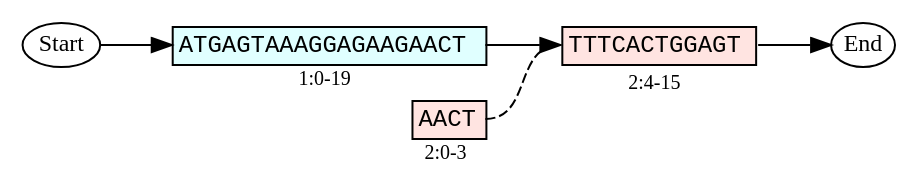
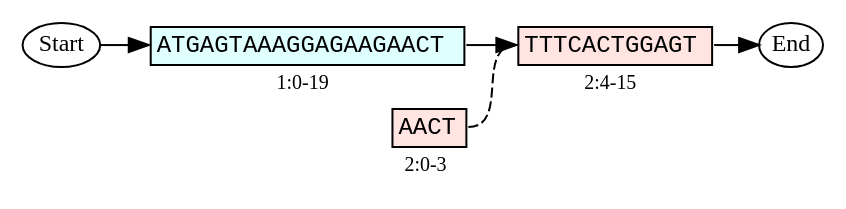
Before and after one commit to ginkgobioworks/gen: the diagram in docs/figures/operators/stitch_right.dot, drawn with Graphviz. The commit also changed 13 other files, not shown here.

```diff
--- a/docs/figures/operators/stitch_right.dot
+++ b/docs/figures/operators/stitch_right.dot
@@ -1,36 +1,33 @@
 strict digraph "" {
 	graph [fontnames=svg,
 		rankdir=LR,
-		nodesep=0
+		nodesep=0,
+		ranksep=0.3
 	];
 	node [label="\N"];
 	start	[fontsize=12,
 		height=0.3,
 		label=Start,
 		margin=0,
 		width=0.45];
-	1 	[label=<<TABLE BORDER='0' CELLSPACING='0' WIDTH='135'><TR><TD BORDER='1' ALIGN='CENTER' BGCOLOR='LIGHTCYAN' PORT='seq'><FONT POINT-SIZE='12' FACE='Monospace'>ATGAGTAAAGGAGAAGAACT</FONT></TD></TR><TR><TD BORDER='0' ALIGN='CENTER'><FONT POINT-SIZE='10'>1:0-19</FONT></TD></TR></TABLE>>,
+	1 	[label=<<TABLE BORDER='0'><TR><TD BORDER='1' ALIGN='CENTER' BGCOLOR='LIGHTCYAN' PORT='seq'><FONT POINT-SIZE='12' FACE='Monospace'>ATGAGTAAAGGAGAAGAACT</FONT></TD></TR><TR><TD ALIGN='CENTER'><FONT POINT-SIZE='10'>1:0-19</FONT></TD></TR></TABLE>>,
 		margin=0,
 		shape=none];
 	2	[label=<<TABLE BORDER='0'><TR><TD BORDER='1' ALIGN='CENTER' BGCOLOR='MISTYROSE' PORT='seq'><FONT POINT-SIZE='12' FACE='Monospace'>TTTCACTGGAGT</FONT></TD></TR><TR><TD BORDER='0' ALIGN='CENTER'><FONT POINT-SIZE='10'>2:4-15</FONT></TD></TR></TABLE>>,
 		margin=0,
-		shape=none,
-		rankjustify=min];
- 
-	3 	[label=<<TABLE BORDER='0' CELLSPACING='0' WIDTH='135'><TR><TD BORDER='0' WIDTH='120'></TD><TD ALIGN='CENTER' BORDER='1'  BGCOLOR='MISTYROSE' PORT='seq'><FONT POINT-SIZE='12' FACE='Monospace'>AACT</FONT></TD></TR><TR><TD BORDER='0'></TD><TD BORDER='0' ALIGN='CENTER'><FONT POINT-SIZE='10'>2:0-3</FONT></TD></TR></TABLE>>,
+		shape=none];
+	3 	[label=<<TABLE BORDER='0'><TR><TD WIDTH='120'></TD><TD ALIGN='CENTER' BORDER='1' BGCOLOR='MISTYROSE' PORT='seq'><FONT POINT-SIZE='12' FACE='Monospace'>AACT</FONT></TD></TR><TR><TD></TD><TD ALIGN='CENTER'><FONT POINT-SIZE='10'>2:0-3</FONT></TD></TR></TABLE>>,
 		margin=0,
-		shape=none,
-		rankjustify=min];
-
+		shape=none];
 	end	[fontsize=12,
 		height=0.3,
 		label=End,
 		margin=0,
 		width=0.45];
 
 	start:e -> 1:seq:w;
 	1:seq:e -> 2:seq:w [weight=10];
 	3:seq:e -> 2:seq:w [style=dashed, arrowhead=none];
 	2:seq:e -> end:w;
 
 }
```
